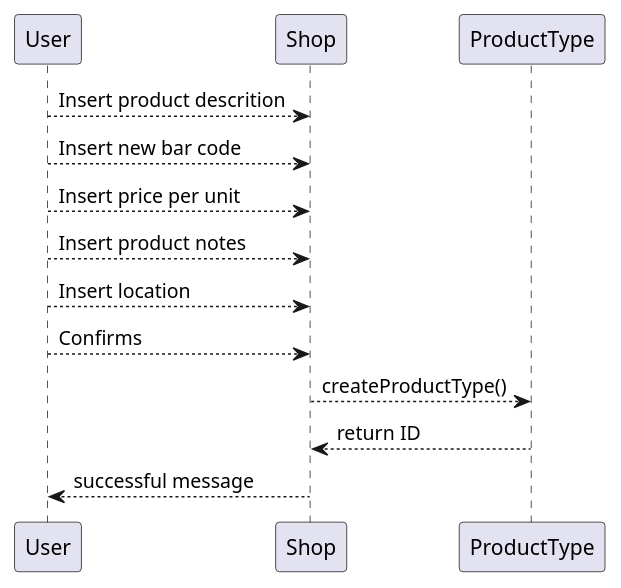
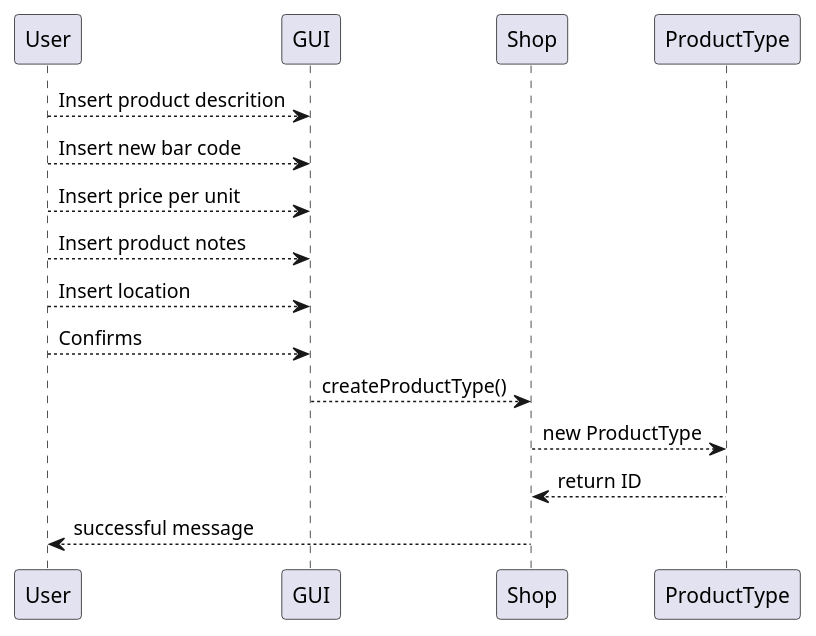
The fourth of 19 diagrams in Deliverables/DesignDocument.md (Stormz4/group20-EzShop), drawn with PlantUML before and after one commit. The commit also changed other lines of this file, not shown here.

Commit message:
Doc: Updated sequence

````diff
--- a/Deliverables/DesignDocument.md
+++ b/Deliverables/DesignDocument.md
@@ -317,13 +323,14 @@
 ```plantuml
 @startuml
-User --> Shop: Insert product descrition
-User --> Shop: Insert new bar code
-User --> Shop: Insert price per unit
-User --> Shop: Insert product notes
-User --> Shop: Insert location
-User --> Shop: Confirms
-Shop --> ProductType : createProductType()
+User --> GUI: Insert product descrition
+User --> GUI: Insert new bar code
+User --> GUI: Insert price per unit
+User --> GUI: Insert product notes
+User --> GUI: Insert location
+User --> GUI: Confirms
+GUI --> Shop: createProductType()
+Shop --> ProductType : new ProductType
 ProductType --> Shop : return ID
 Shop --> User : successful message
 @enduml
 ```
````
